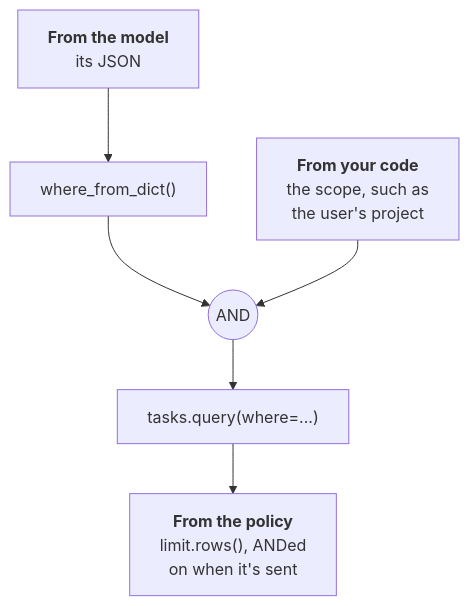
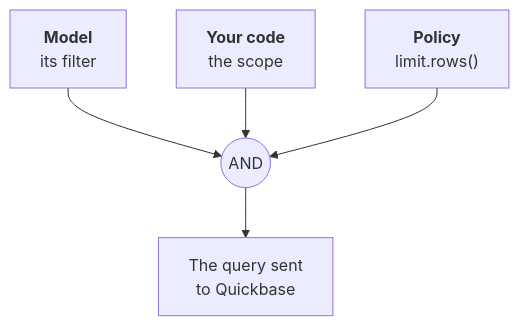
One commit to matthew-williams-solutions/pyquickbase changed the diagram in docs/agents/untrusted-input.md. Above: the diagram before and after it, drawn with Mermaid. The commit also changed 8 other files, not shown here.

First line of the commit message:
Simplify the docs diagrams, and add overviews of how a policy works

````diff
--- a/docs/agents/untrusted-input.md
+++ b/docs/agents/untrusted-input.md
@@ -78,8 +78,7 @@
 ```mermaid
 flowchart TD
-    J["<b>From the model</b><br/>its JSON"] --> W["where_from_dict()"]
-    W --> AND((AND))
-    S["<b>From your code</b><br/>the scope, such as<br/>the user's project"] --> AND
-    AND --> Q["tasks.query(where=...)"]
-    Q --> L["<b>From the policy</b><br/>limit.rows(), ANDed<br/>on when it's sent"]
+    M["<b>Model</b><br/>its filter"] --> AND((AND))
+    S["<b>Your code</b><br/>the scope"] --> AND
+    P["<b>Policy</b><br/>limit.rows()"] --> AND
+    AND --> Q["The query sent<br/>to Quickbase"]
 ```
````
